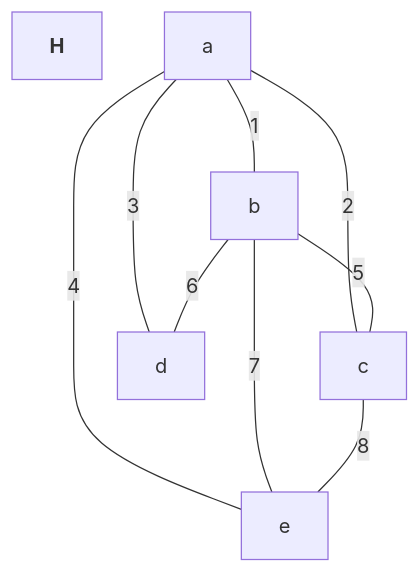
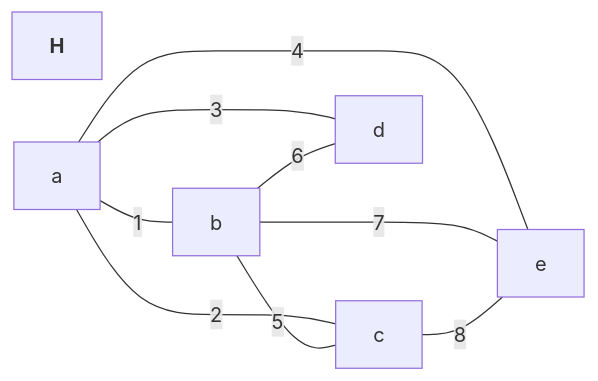
One commit to nkarl/wsu-cpts-453-graph-theory changed the second of 5 diagrams in homeworks/week11/Assessment.Week11.md. Above: the diagram before and after it, drawn with Mermaid. The commit also changed other lines of this file and 3 other files, not shown here.

````diff
--- a/homeworks/week11/Assessment.Week11.md
+++ b/homeworks/week11/Assessment.Week11.md
@@ -45,12 +45,12 @@
 ```mermaid
-graph TD
+graph LR
 	title[<b>H</b>]
 	a ---|1| b
 	a ---|2| c
 	a ---|3| d
 	a ---|4| e
 	b ---|5| c
 	b ---|6| d
 	b ---|7| e
 	c ---|8| e
 ```
````
